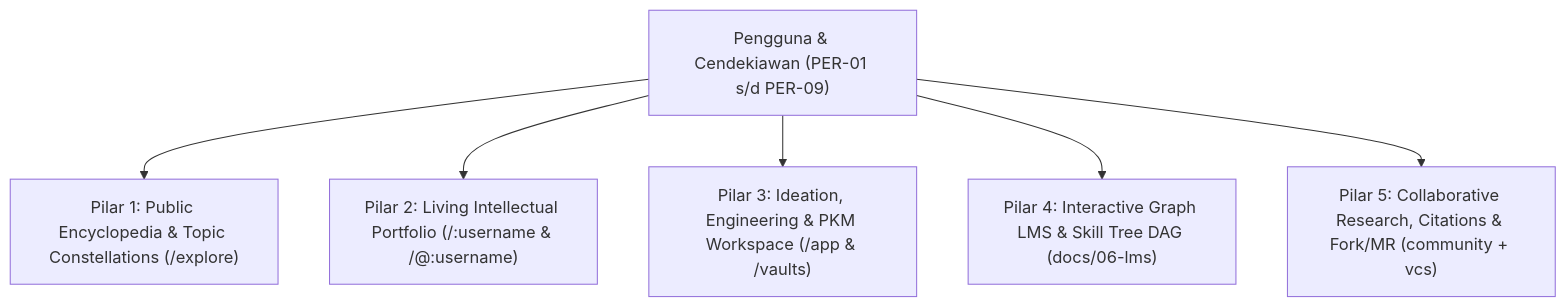
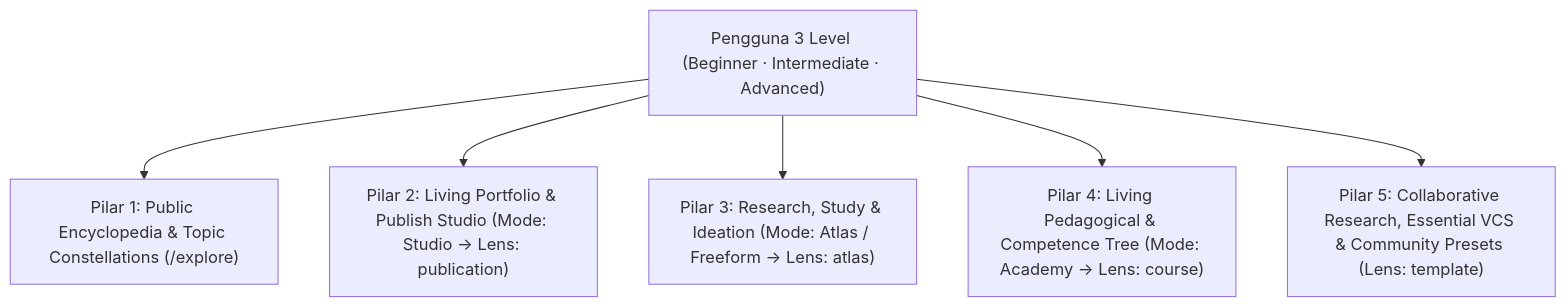
Before and after one commit to mjd-code/obmap-meed: the diagram in docs/01-visions/use-case-pillars.md, drawn with Mermaid. The commit also changed other lines of this file and 48 other files, not shown here.

````diff
--- a/docs/01-visions/use-case-pillars.md
+++ b/docs/01-visions/use-case-pillars.md
@@ -30,8 +31,8 @@
 ```mermaid
 flowchart TD
-    U["Pengguna & Cendekiawan (PER-01 s/d PER-09)"] --> P1["Pilar 1: Public Encyclopedia & Topic Constellations (/explore)"]
-    U --> P2["Pilar 2: Living Intellectual Portfolio (/:username & /@:username)"]
-    U --> P3["Pilar 3: Ideation, Engineering & PKM Workspace (/app & /vaults)"]
-    U --> P4["Pilar 4: Interactive Graph LMS & Skill Tree DAG (docs/06-lms)"]
-    U --> P5["Pilar 5: Collaborative Research, Citations & Fork/MR (community + vcs)"]
+    U["Pengguna 3 Level (Beginner · Intermediate · Advanced)"] --> P1["Pilar 1: Public Encyclopedia & Topic Constellations (/explore)"]
+    U --> P2["Pilar 2: Living Portfolio & Publish Studio (Mode: Studio -> Lens: publication)"]
+    U --> P3["Pilar 3: Research, Study & Ideation (Mode: Atlas / Freeform -> Lens: atlas)"]
+    U --> P4["Pilar 4: Living Pedagogical & Competence Tree (Mode: Academy -> Lens: course)"]
+    U --> P5["Pilar 5: Collaborative Research, Essential VCS & Community Presets (Lens: template)"]
 ```
````
